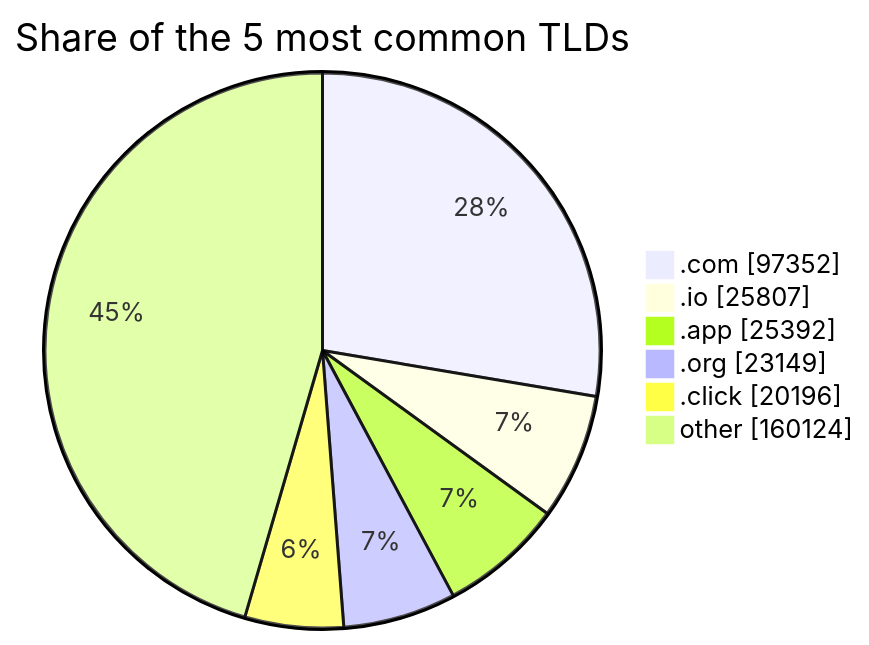
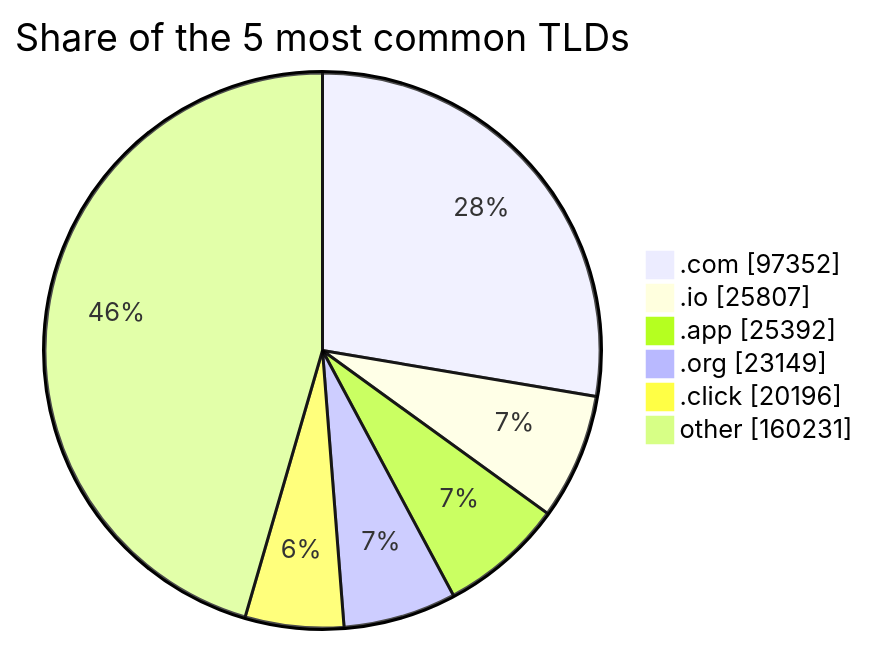
Before and after one commit to DNSBunker/CTI: the third of 3 diagrams in README.md, drawn with Mermaid. The commit also changed other lines of this file and 3 other files, not shown here.

````diff
--- a/README.md
+++ b/README.md
@@ -81,9 +81,9 @@
 ```mermaid
 pie showData title Share of the 5 most common TLDs
     ".com" : 97352
     ".io" : 25807
     ".app" : 25392
     ".org" : 23149
     ".click" : 20196
-    "other" : 160124
+    "other" : 160231
 ```
````
